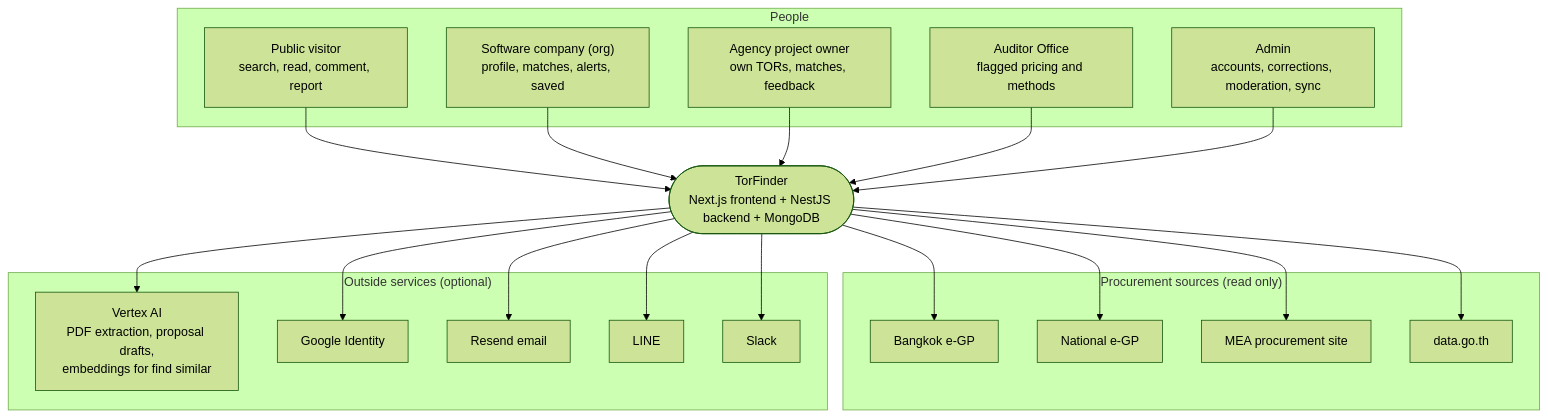
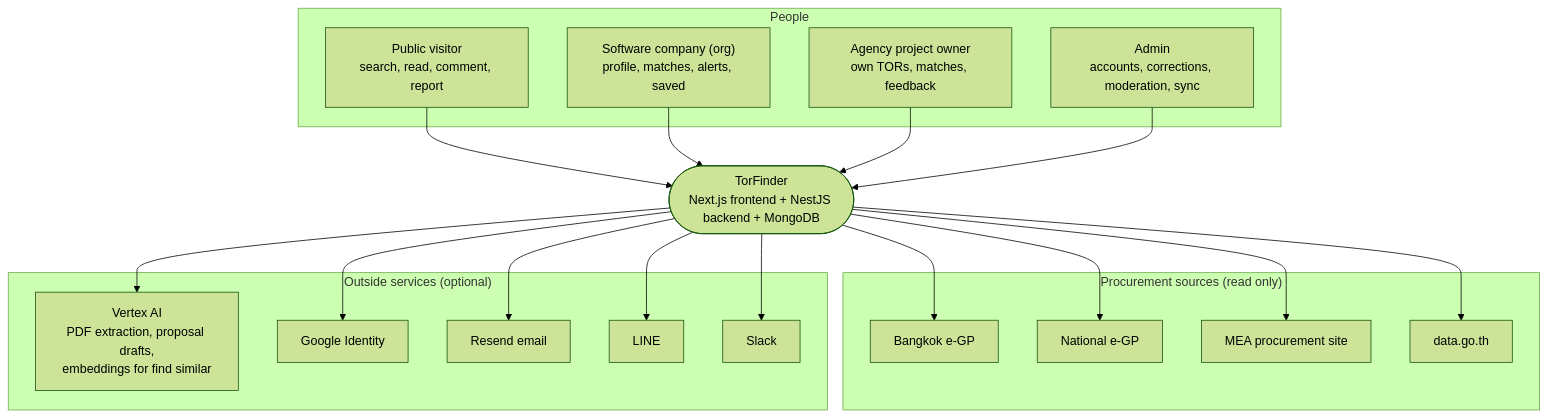
The first of 2 diagrams in docs/architecture.md (PhomMaiWai/TorFinder), drawn with Mermaid (forest theme) before and after one commit. The commit also changed other lines of this file and 55 other files, not shown here.

First line of the commit message:
refactor: remove the auditor role and its flagged-TOR list

````diff
--- a/docs/architecture.md
+++ b/docs/architecture.md
@@ -27,32 +27,31 @@
 ```mermaid
 flowchart TB
     subgraph People
         Public["Public visitor<br/>search, read, comment, report"]
         Org["Software company (org)<br/>profile, matches, alerts, saved"]
         Owner["Agency project owner<br/>own TORs, matches, feedback"]
-        Auditor["Auditor Office<br/>flagged pricing and methods"]
         Admin["Admin<br/>accounts, corrections, moderation, sync"]
     end
 
     TF(["TorFinder<br/>Next.js frontend + NestJS backend + MongoDB"])
 
     subgraph Sources["Procurement sources (read only)"]
         EGP["Bangkok e-GP"]
         GPROC["National e-GP"]
         MEA["MEA procurement site"]
         DATAGOV["data.go.th"]
     end
 
     subgraph Services["Outside services (optional)"]
         Vertex["Vertex AI<br/>PDF extraction, proposal drafts,<br/>embeddings for find similar"]
         Google["Google Identity"]
         Resend["Resend email"]
         Line["LINE"]
         Slack["Slack"]
     end
 
-    Public & Org & Owner & Auditor & Admin --> TF
+    Public & Org & Owner & Admin --> TF
     TF --> EGP & GPROC & MEA & DATAGOV
     TF --> Vertex & Google
     TF --> Resend & Line & Slack
 ```
````
